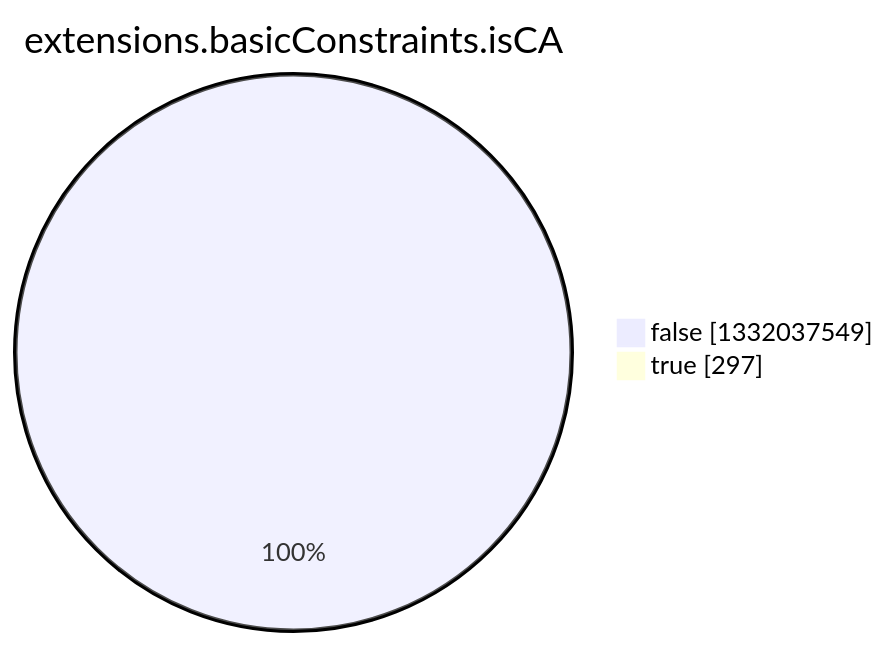
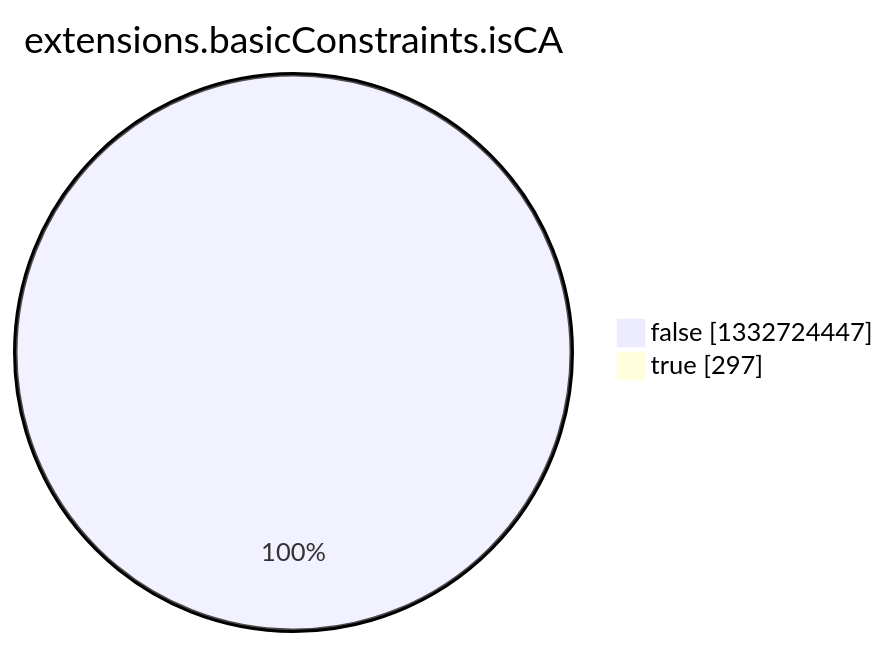
The eighth of 15 diagrams in argon2022/README.md (christiankrug/ctmonitor_visualization), drawn with Mermaid before and after one commit. The commit also changed other lines of this file, not shown here.

````diff
--- a/argon2022/README.md
+++ b/argon2022/README.md
@@ -2758,6 +2758,6 @@
 ```mermaid
 pie showData
 title extensions.basicConstraints.isCA
-"false" :1332037549
+"false" :1332724447
 "true" :297
 ```
````
